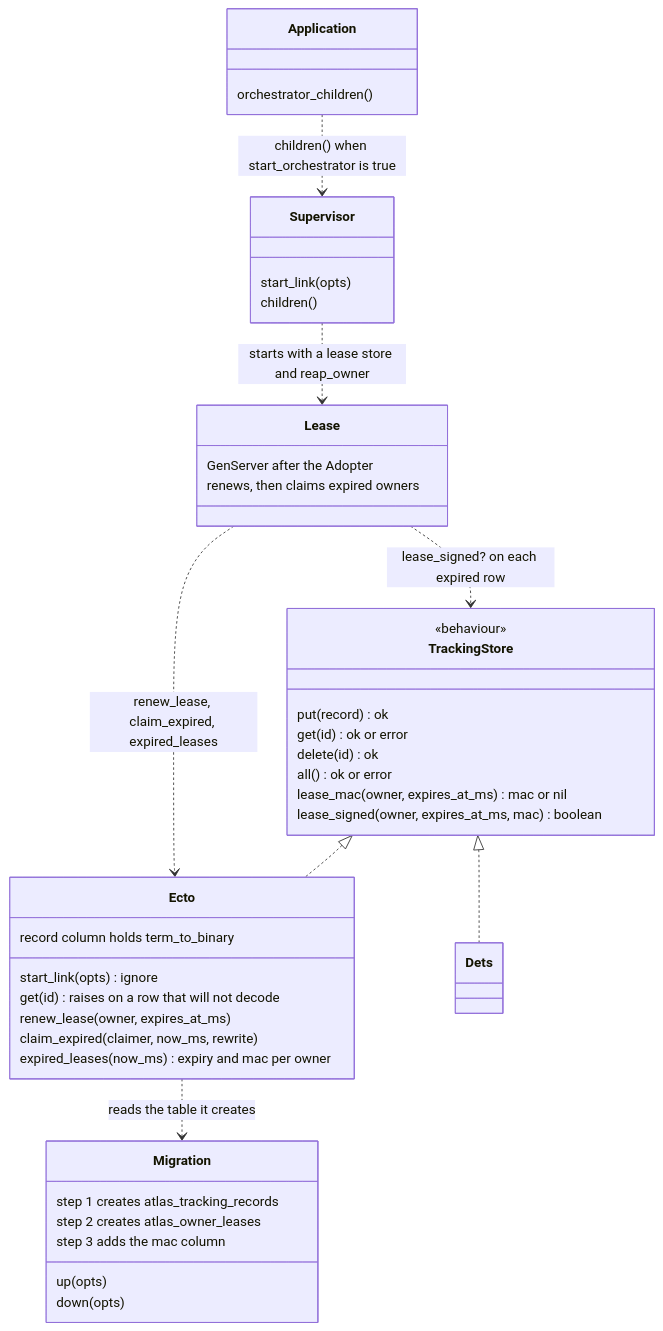
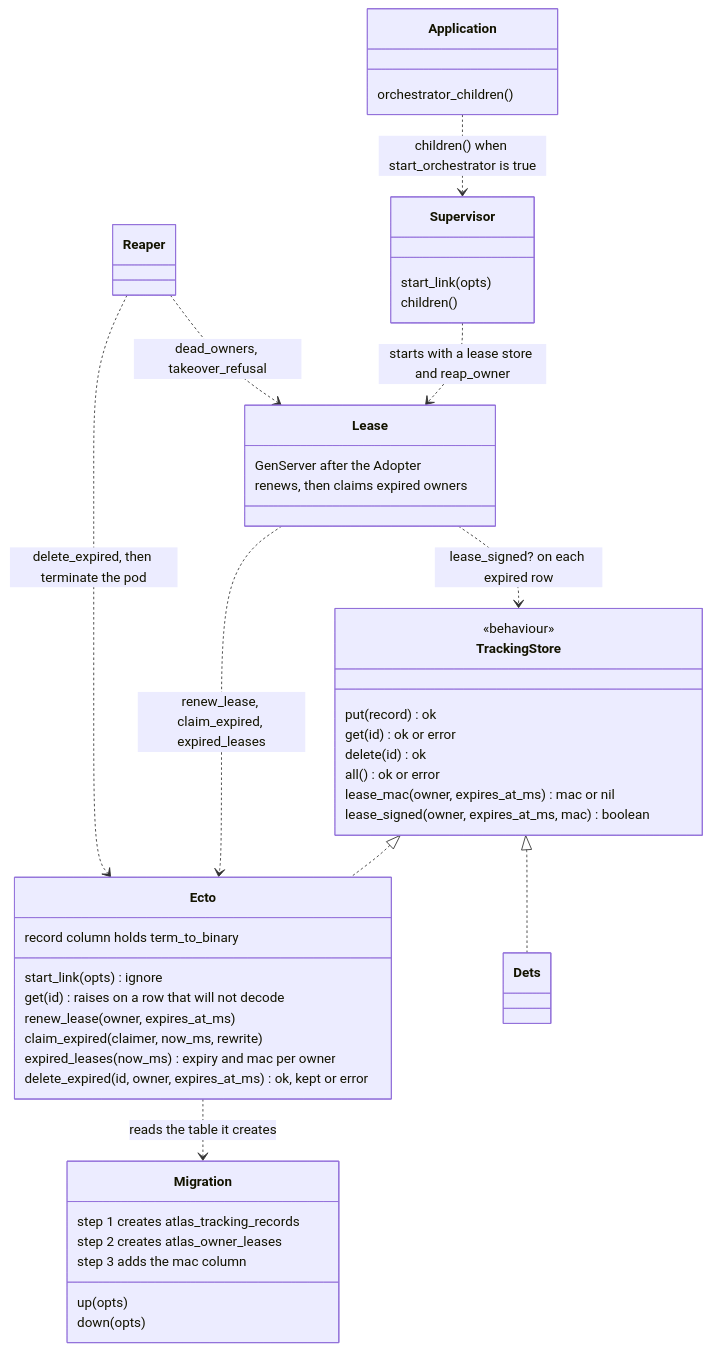
The second of 16 diagrams in docs/architecture.md (udin-io/ex_atlas), drawn with Mermaid before and after one commit. The commit also changed other lines of this file and 17 other files, not shown here.

First line of the commit message:
A dead owner's record no longer shields its pod: the Reaper deletes the record, then the pod (#150)

````diff
--- a/docs/architecture.md
+++ b/docs/architecture.md
@@ -97,46 +97,49 @@
 ```mermaid
 classDiagram
   class TrackingStore {
     <<behaviour>>
     put(record) ok
     get(id) ok or error
     delete(id) ok
     all() ok or error
     lease_mac(owner, expires_at_ms) mac or nil
     lease_signed(owner, expires_at_ms, mac) boolean
   }
   class Ecto {
     start_link(opts) ignore
     get(id) raises on a row that will not decode
     record column holds term_to_binary
     renew_lease(owner, expires_at_ms)
     claim_expired(claimer, now_ms, rewrite)
     expired_leases(now_ms) expiry and mac per owner
+    delete_expired(id, owner, expires_at_ms) ok, kept or error
   }
   class Migration {
     up(opts)
     down(opts)
     step 1 creates atlas_tracking_records
     step 2 creates atlas_owner_leases
     step 3 adds the mac column
   }
   class Lease {
     GenServer after the Adopter
     renews, then claims expired owners
   }
   class Supervisor {
     start_link(opts)
     children()
   }
   class Application {
     orchestrator_children()
   }
   class Dets
   TrackingStore <|.. Ecto
   TrackingStore <|.. Dets
   Ecto ..> Migration : reads the table it creates
   Application ..> Supervisor : children() when start_orchestrator is true
   Supervisor ..> Lease : starts with a lease store and reap_owner
   Lease ..> Ecto : renew_lease, claim_expired, expired_leases
   Lease ..> TrackingStore : lease_signed? on each expired row
+  Reaper ..> Ecto : delete_expired, then terminate the pod
+  Reaper ..> Lease : dead_owners, takeover_refusal
 ```
````
